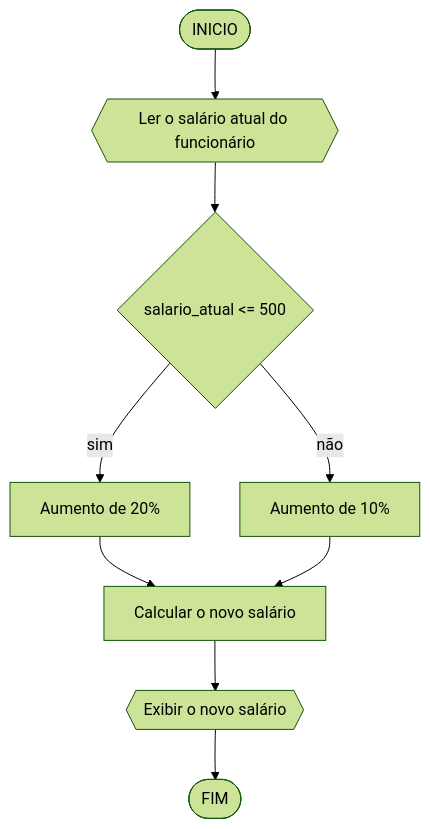
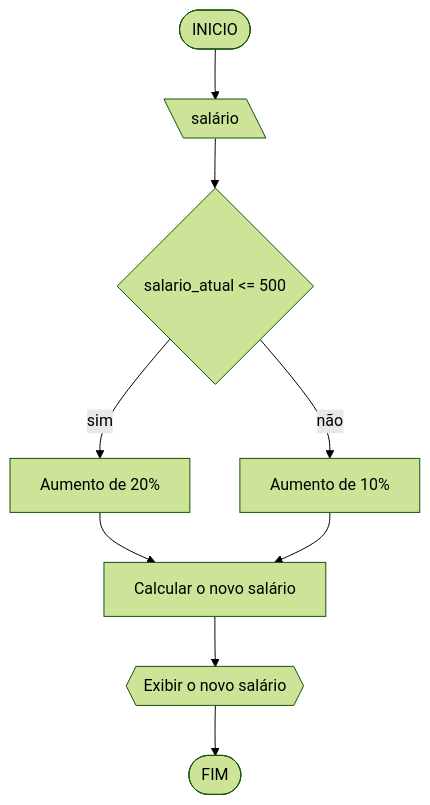
One commit to AllanJusto30/unifor changed the second of 4 diagrams in lista 1.md. Above: the diagram before and after it, drawn with Mermaid (forest theme). The commit also changed other lines of this file, not shown here.

````diff
--- a/lista 1.md
+++ b/lista 1.md
@@ -61,11 +61,11 @@
 ```mermaid
 flowchart TD
-A([INICIO]) --> B{{Ler o salário atual do funcionário}}
+A([INICIO]) --> B[\salário \]
     B --> C{salario_atual <= 500}
     C -- sim --> D[Aumento de 20%]
     D --> E[Calcular o novo salário]
     E --> F{{Exibir o novo salário}}
     F --> G([FIM])
     C -- não --> H[Aumento de 10%]
     H --> E
 ```
````
